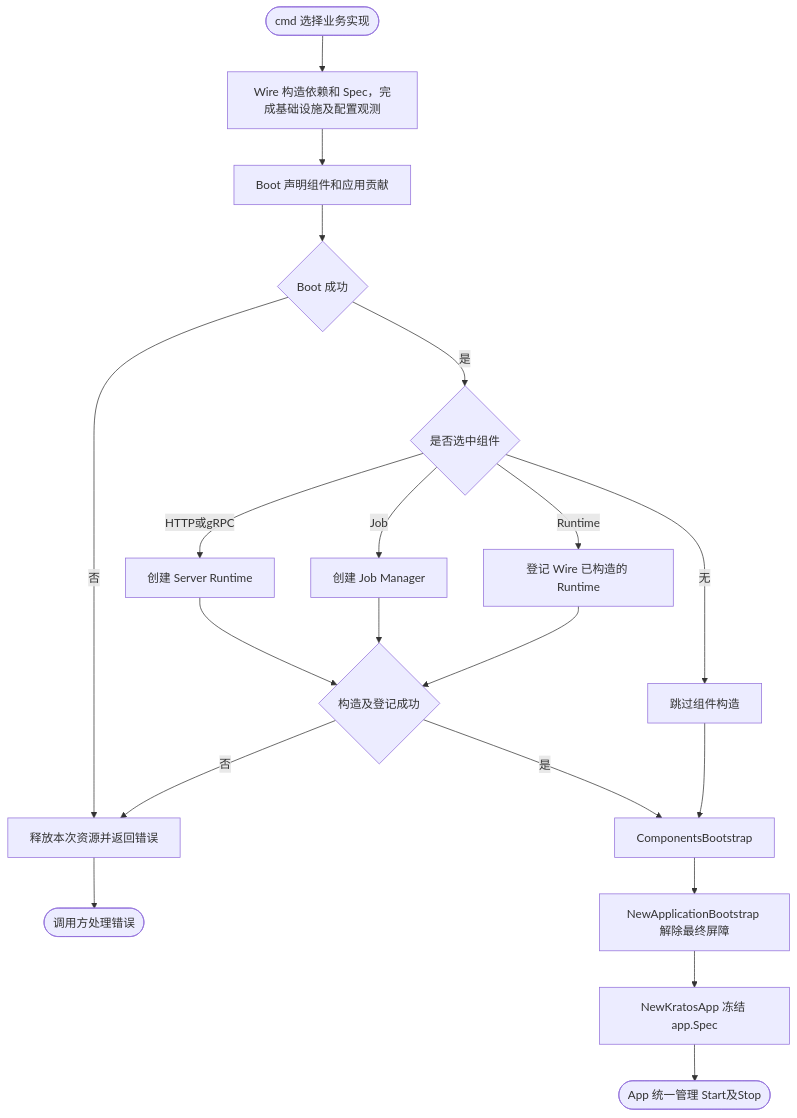
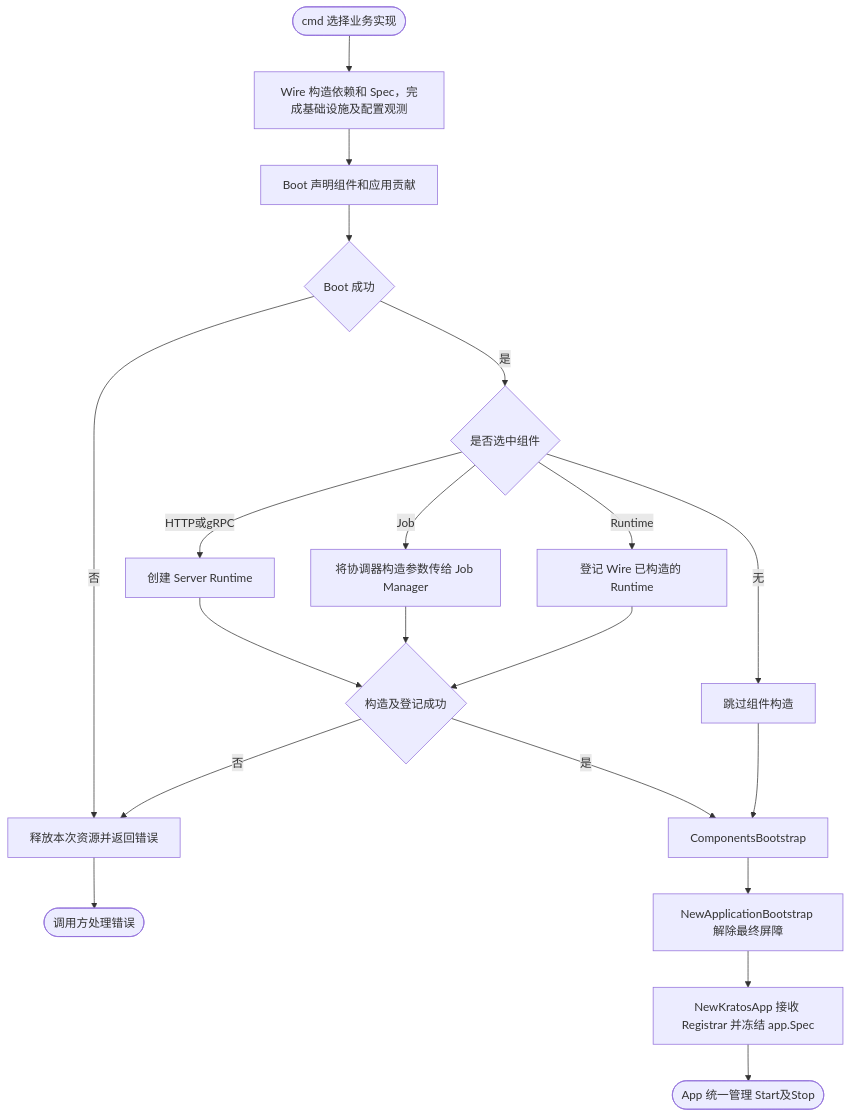
One commit to jaggerzhuang1994/kratos-foundation changed the first of 5 diagrams in pkg/bootstrap/README.md. Above: the diagram before and after it, drawn with Mermaid. The commit also changed other lines of this file and 29 other files, not shown here.

````diff
--- a/pkg/bootstrap/README.md
+++ b/pkg/bootstrap/README.md
@@ -57,22 +57,22 @@
 ```mermaid
 flowchart TD
     A([cmd 选择业务实现]) --> B[Wire 构造依赖和 Spec，完成基础设施及配置观测]
     B --> P[Boot 声明组件和应用贡献]
     P --> Q{Boot 成功}
     Q -- 否 --> X
     Q -- 是 --> C{是否选中组件}
     C -- HTTP或gRPC --> D[创建 Server Runtime]
-    C -- Job --> E[创建 Job Manager]
+    C -- Job --> E[将协调器构造参数传给 Job Manager]
     C -- Runtime --> F[登记 Wire 已构造的 Runtime]
     C -- 无 --> G[跳过组件构造]
     D --> H{构造及登记成功}
     E --> H
     F --> H
     G --> I[ComponentsBootstrap]
     H -- 否 --> X[释放本次资源并返回错误]
     X --> Y([调用方处理错误])
     H -- 是 --> I
     I --> J[NewApplicationBootstrap 解除最终屏障]
-    J --> K[NewKratosApp 冻结 app.Spec]
+    J --> K[NewKratosApp 接收 Registrar 并冻结 app.Spec]
     K --> L([App 统一管理 Start及Stop])
 ```
````
